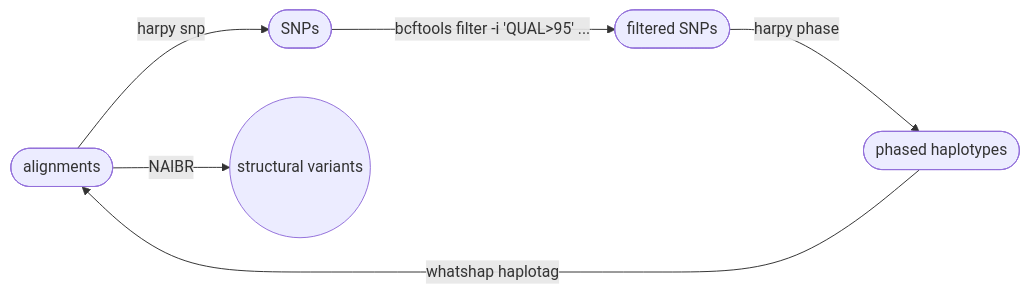
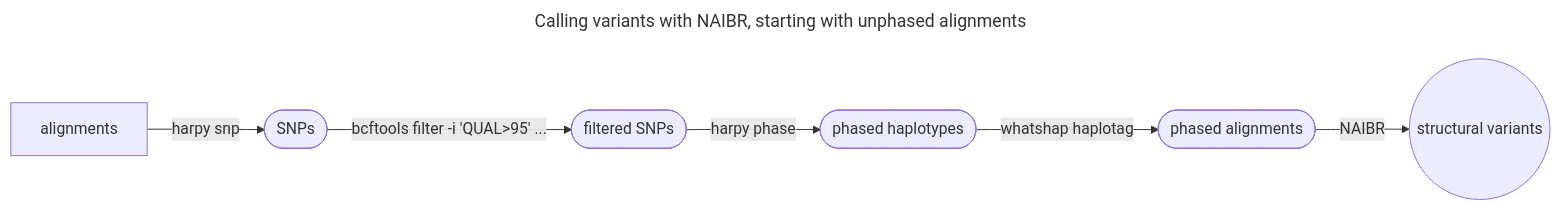
Before and after one commit to pdimens/harpy: the first of 2 diagrams in Modules/SV/naibr.md, drawn with Mermaid. The commit also changed other lines of this file and 10 other files, not shown here.

Commit message:
make all the mermaids nicer

````diff
--- a/Modules/SV/naibr.md
+++ b/Modules/SV/naibr.md
@@ -113,8 +113,11 @@
 ```mermaid
+---
+title: Calling variants with NAIBR, starting with unphased alignments
+---
 graph LR
-    aln([alignments])-->|harpy snp|snps([SNPs])
+    aln[alignments]-->|harpy snp|snps([SNPs])
     snps-->|bcftools filter -i 'QUAL>95' ...|filt([filtered SNPs])
     filt-->|harpy phase|phasesnp([phased haplotypes])
-    phasesnp-->|whatshap haplotag|aln
-    aln-->|NAIBR|results((structural variants))
+    phasesnp-->|whatshap haplotag|aln2
+    aln2([phased alignments])-->|NAIBR|results((structural variants))
 ```
````
